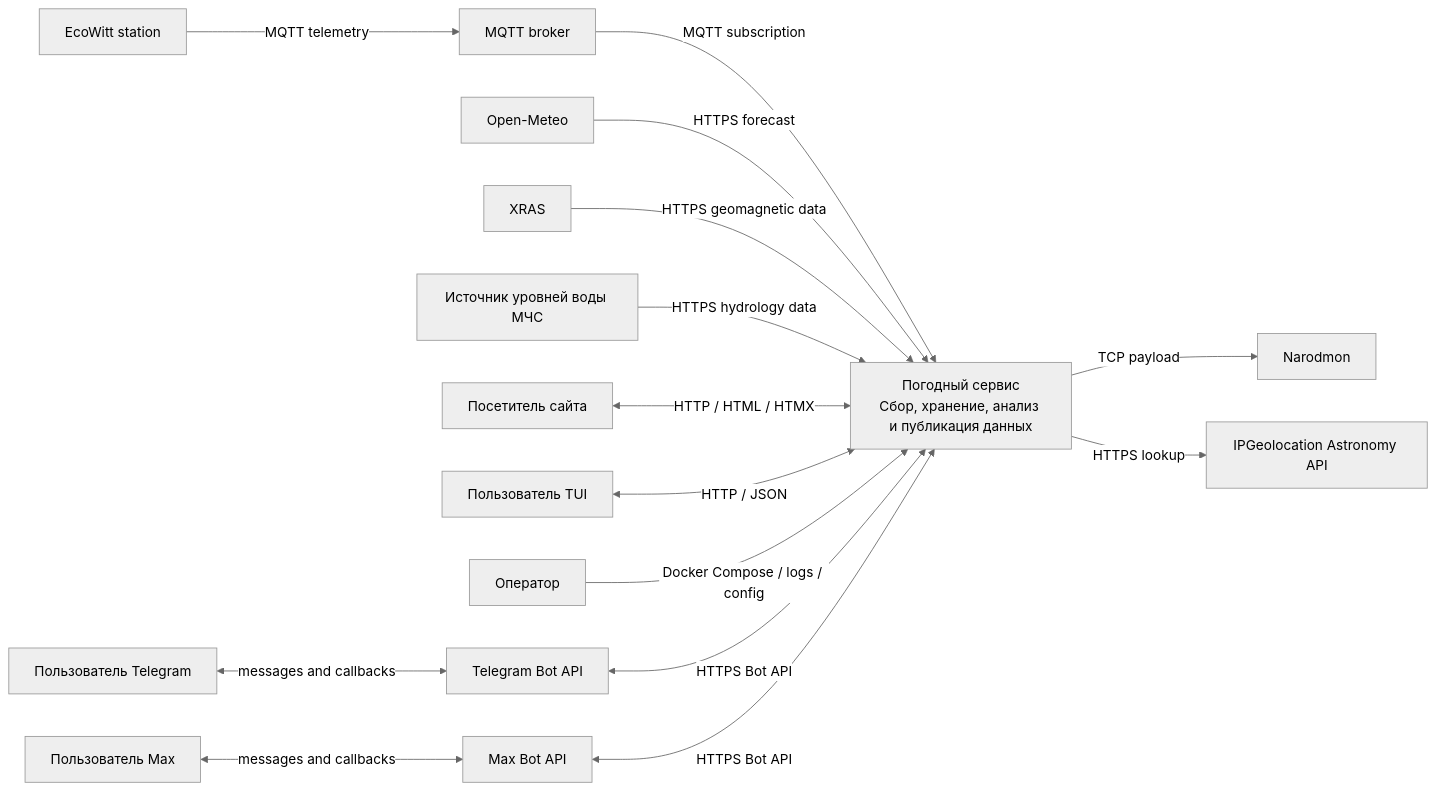
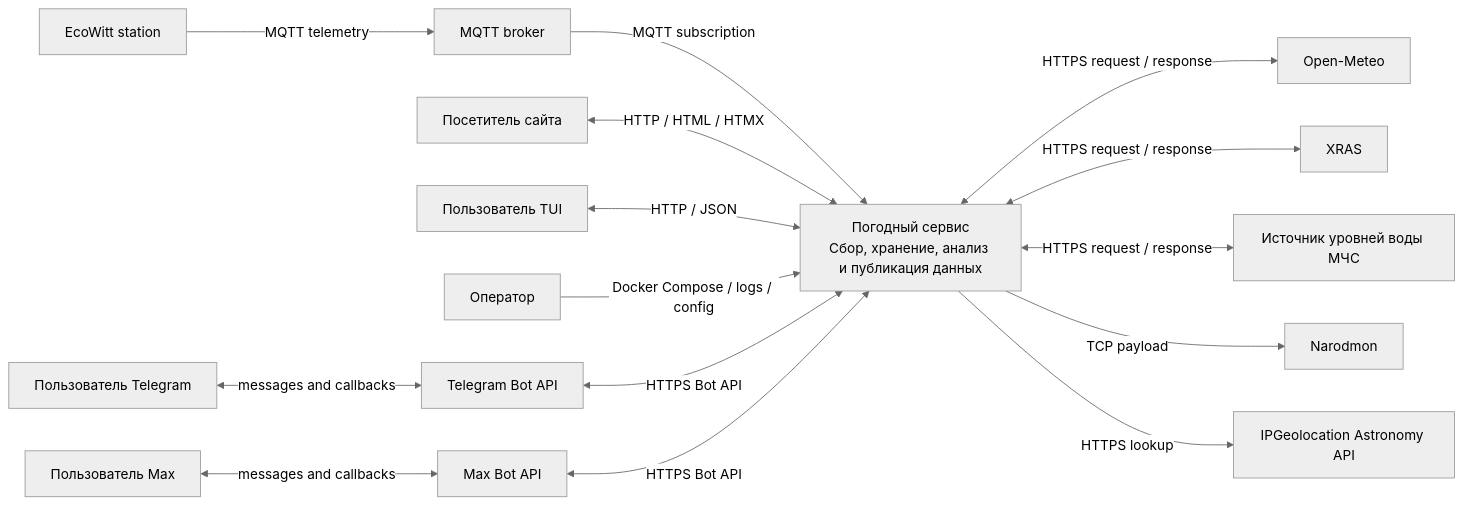
The diagram in docs/architecture/01-system-context.md (iRootPro/weather), drawn with Mermaid (neutral theme) before and after one commit. The commit also changed other lines of this file and 8 other files, not shown here.

Commit message:
docs: address architecture review

````diff
--- a/docs/architecture/01-system-context.md
+++ b/docs/architecture/01-system-context.md
@@ -14,37 +14,37 @@
 ```mermaid
 flowchart LR
     station["EcoWitt station"]
     broker["MQTT broker"]
     visitor["Посетитель сайта"]
     telegram_user["Пользователь Telegram"]
     max_user["Пользователь Max"]
     operator["Оператор"]
     tui_user["Пользователь TUI"]
 
     weather["Погодный сервис\nСбор, хранение, анализ и публикация данных"]
 
     openmeteo["Open-Meteo"]
     xras["XRAS"]
     emercit["Источник уровней воды МЧС"]
     narodmon["Narodmon"]
     telegram_api["Telegram Bot API"]
     max_api["Max Bot API"]
     geo_api["IPGeolocation Astronomy API"]
 
     station -->|"MQTT telemetry"| broker
     broker -->|"MQTT subscription"| weather
-    openmeteo -->|"HTTPS forecast"| weather
-    xras -->|"HTTPS geomagnetic data"| weather
-    emercit -->|"HTTPS hydrology data"| weather
+    weather <-->|"HTTPS request / response"| openmeteo
+    weather <-->|"HTTPS request / response"| xras
+    weather <-->|"HTTPS request / response"| emercit
     weather -->|"TCP payload"| narodmon
 
     visitor <-->|"HTTP / HTML / HTMX"| weather
     tui_user <-->|"HTTP / JSON"| weather
     operator -->|"Docker Compose / logs / config"| weather
 
     telegram_user <-->|"messages and callbacks"| telegram_api
     telegram_api <-->|"HTTPS Bot API"| weather
     max_user <-->|"messages and callbacks"| max_api
     max_api <-->|"HTTPS Bot API"| weather
     weather -->|"HTTPS lookup"| geo_api
 ```
````
